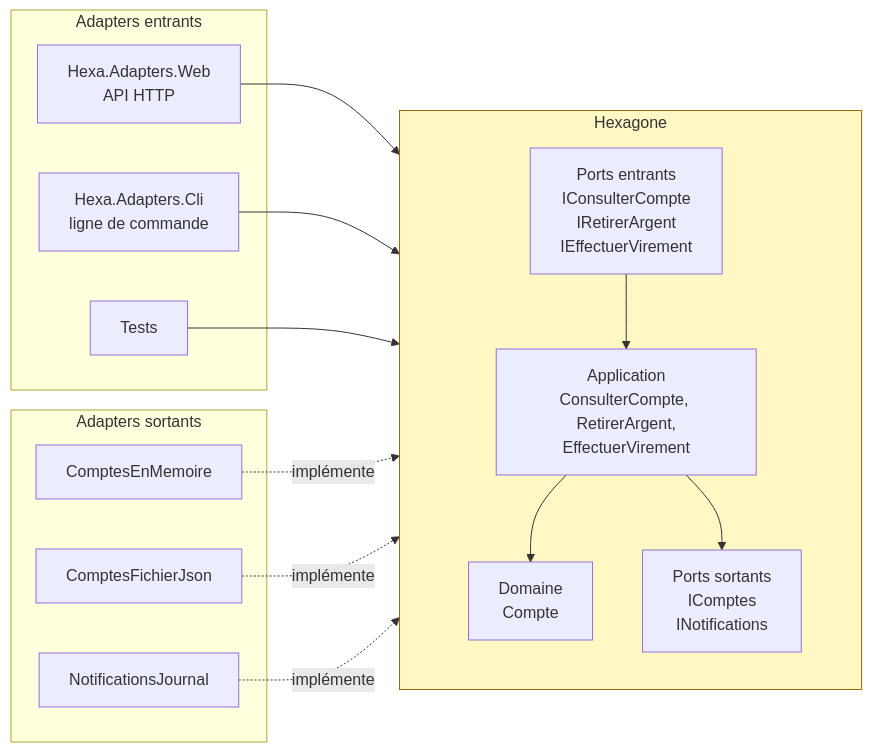
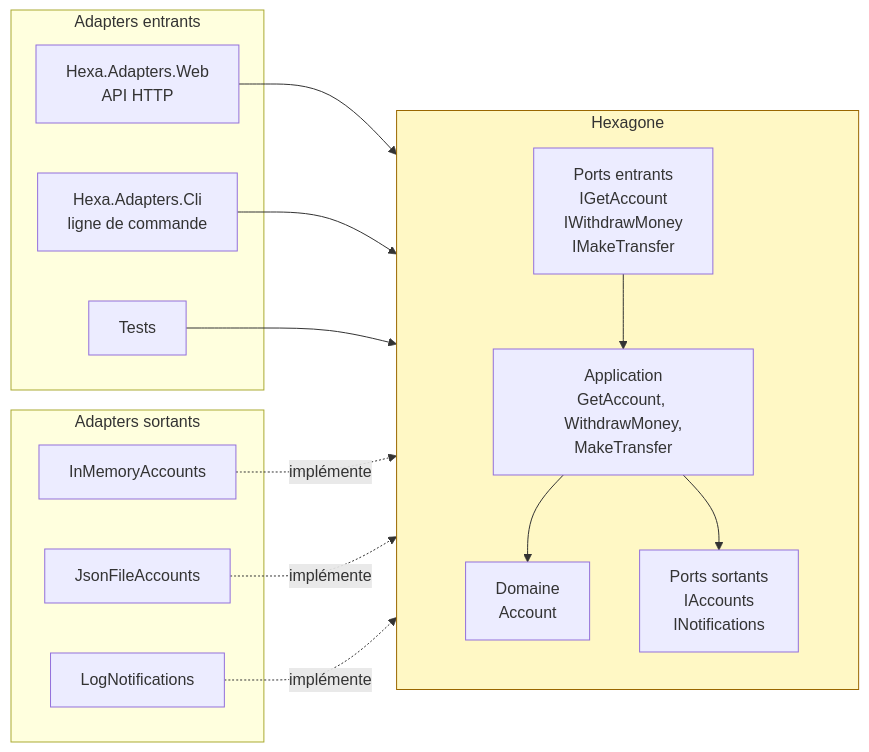
Before and after one commit to drangoht/ArchitecturesDemo: the first of 3 diagrams in Docs/01-hexagonale.md, drawn with Mermaid. The commit also changed other lines of this file and 70 other files, not shown here.

Commit message:
Docs FR : identifiants, liens, diagrammes et sorties alignés sur le code anglais

````diff
--- a/Docs/01-hexagonale.md
+++ b/Docs/01-hexagonale.md
@@ -18,34 +18,34 @@
 ```mermaid
 flowchart LR
     subgraph Entrants["Adapters entrants"]
         Web["Hexa.Adapters.Web<br/>API HTTP"]
         Cli["Hexa.Adapters.Cli<br/>ligne de commande"]
         Tests["Tests"]
     end
 
     subgraph Hexagone["Hexagone"]
         direction TB
-        PE["Ports entrants<br/>IConsulterCompte<br/>IRetirerArgent<br/>IEffectuerVirement"]
-        App["Application<br/>ConsulterCompte, RetirerArgent,<br/>EffectuerVirement"]
-        Dom["Domaine<br/>Compte"]
-        PS["Ports sortants<br/>IComptes<br/>INotifications"]
+        PE["Ports entrants<br/>IGetAccount<br/>IWithdrawMoney<br/>IMakeTransfer"]
+        App["Application<br/>GetAccount, WithdrawMoney,<br/>MakeTransfer"]
+        Dom["Domaine<br/>Account"]
+        PS["Ports sortants<br/>IAccounts<br/>INotifications"]
         PE --> App --> Dom
         App --> PS
     end
 
     subgraph Sortants["Adapters sortants"]
-        Mem["ComptesEnMemoire"]
-        Json["ComptesFichierJson"]
-        Notif["NotificationsJournal"]
+        Mem["InMemoryAccounts"]
+        Json["JsonFileAccounts"]
+        Notif["LogNotifications"]
     end
 
     Web --> PE
     Cli --> PE
     Tests --> PE
     Mem -. "implémente" .-> PS
     Json -. "implémente" .-> PS
     Notif -. "implémente" .-> PS
 
     classDef hexa fill:#fff8c5,stroke:#9a6700
     class Hexagone hexa
 ```
````
